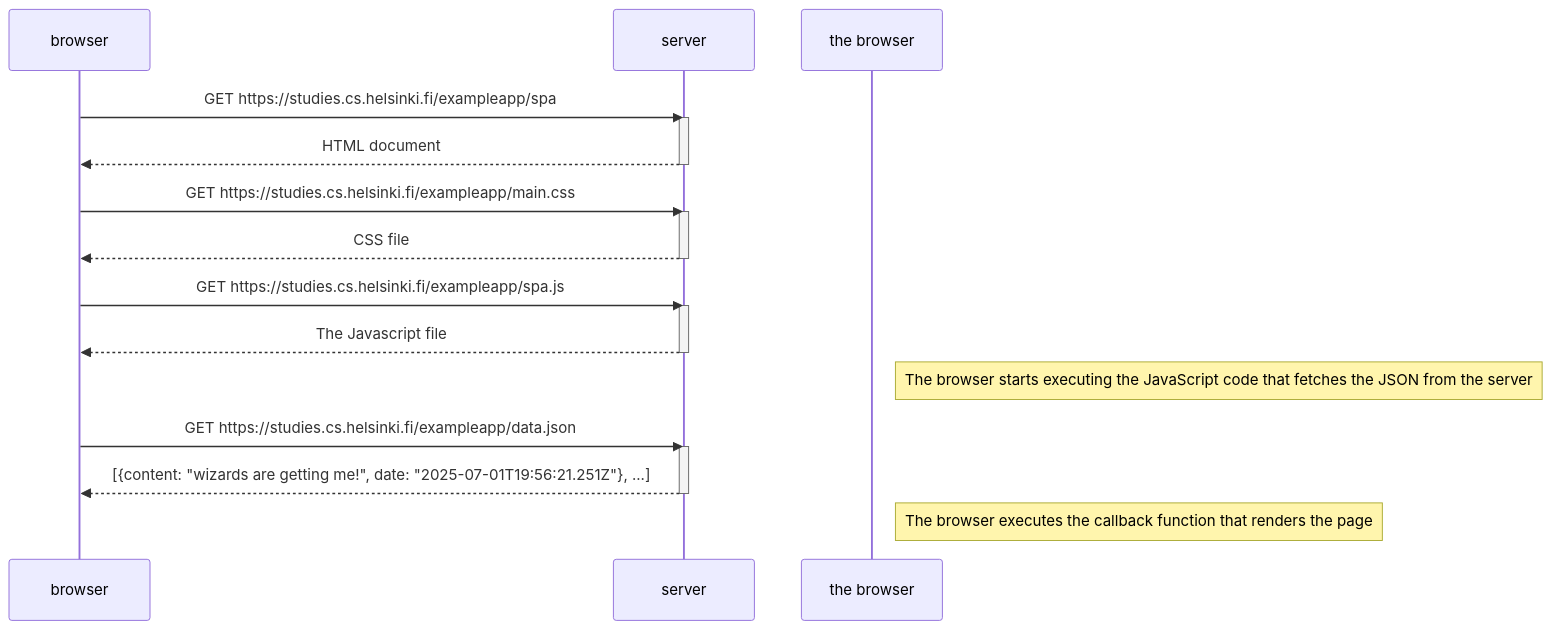
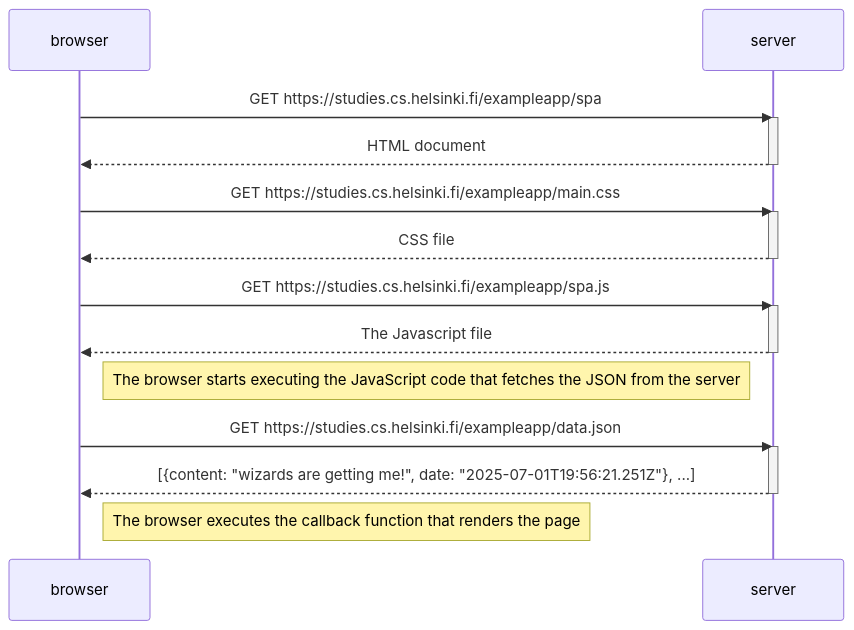
Before and after one commit to aSkelanturi/Fullstackopen: the diagram in Osa0/0.5_single_page_app.md, drawn with Mermaid.

Commit message:
Update 0.5_single_page_app.md
now it should work

````diff
--- a/Osa0/0.5_single_page_app.md
+++ b/Osa0/0.5_single_page_app.md
@@ -1,29 +1,29 @@
 ```mermaid
 sequenceDiagram
   participant browser
   participant server
 
   browser->>server: GET https://studies.cs.helsinki.fi/exampleapp/spa
   activate server
   server-->>browser: HTML document
   deactivate server
 
   browser->>server: GET https://studies.cs.helsinki.fi/exampleapp/main.css
   activate server
   server-->>browser: CSS file
   deactivate server
 
   browser->>server: GET https://studies.cs.helsinki.fi/exampleapp/spa.js
   activate server
   server-->>browser: The Javascript file
   deactivate server
 
-  Note right of the browser: The browser starts executing the JavaScript code that fetches the JSON from the server
+  Note right of browser: The browser starts executing the JavaScript code that fetches the JSON from the server
 
   browser->>server: GET https://studies.cs.helsinki.fi/exampleapp/data.json
   activate server
   server-->>browser: [{content: "wizards are getting me!", date: "2025-07-01T19:56:21.251Z"}, ...]
   deactivate server
 
-  Note right of the browser: The browser executes the callback function that renders the page
+  Note right of browser: The browser executes the callback function that renders the page
 ```
````
